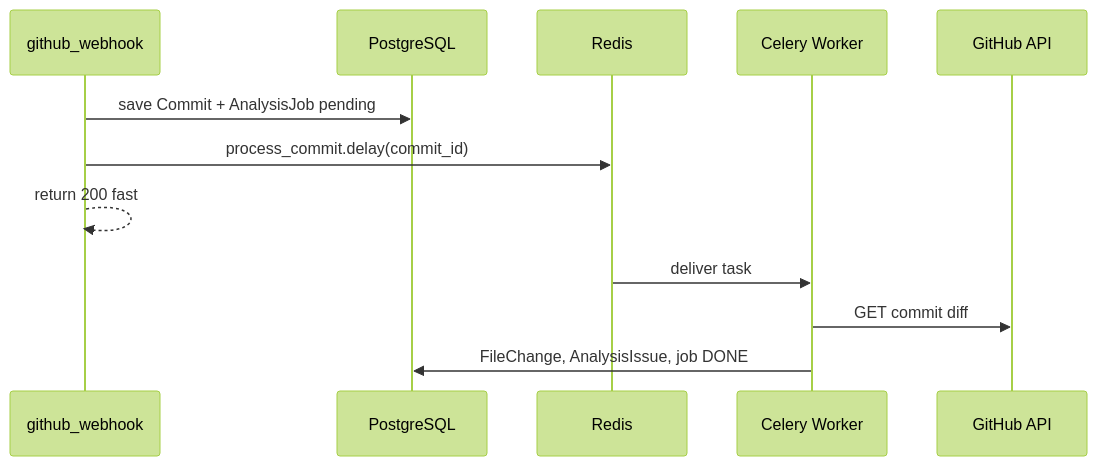
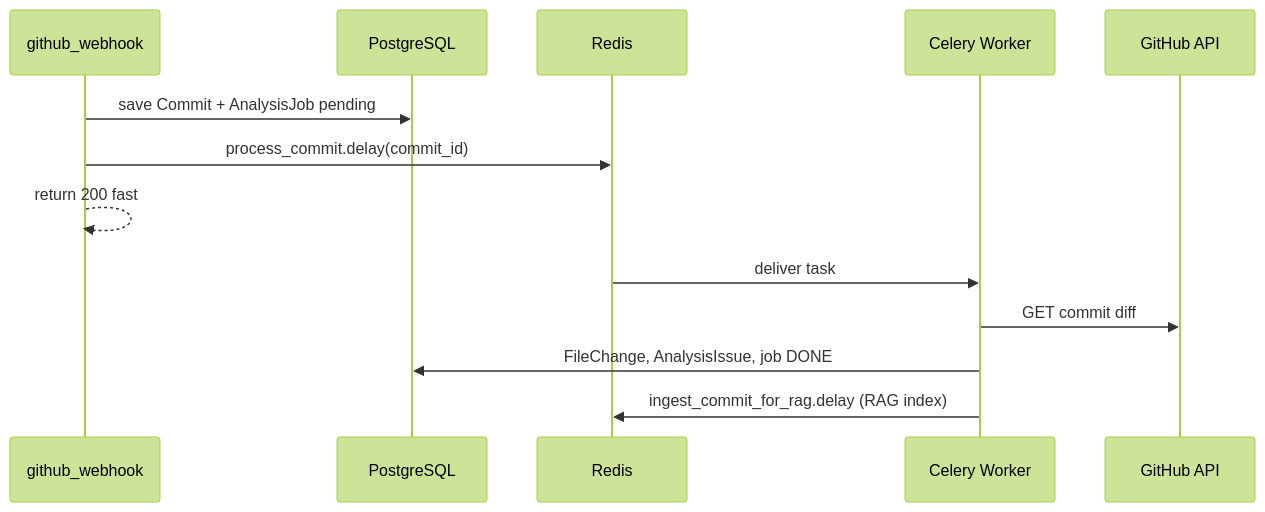
Before and after one commit to coutKaustubh/CommitIQ: the ninth of 10 diagrams in README.md, drawn with Mermaid (forest theme). The commit also changed other lines of this file and 6 other files, not shown here.

````diff
--- a/README.md
+++ b/README.md
@@ -423,15 +436,16 @@
 ```mermaid
 sequenceDiagram
     participant WH as github_webhook
     participant DB as PostgreSQL
     participant R as Redis
     participant W as Celery Worker
     participant GH as GitHub API
 
     WH->>DB: save Commit + AnalysisJob pending
     WH->>R: process_commit.delay(commit_id)
     WH-->>WH: return 200 fast
     R->>W: deliver task
     W->>GH: GET commit diff
     W->>DB: FileChange, AnalysisIssue, job DONE
+    W->>R: ingest_commit_for_rag.delay (RAG index)
 ```
````
